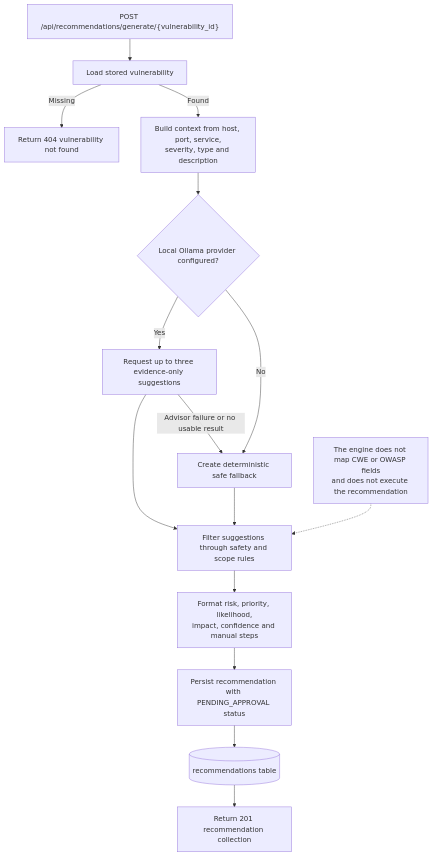
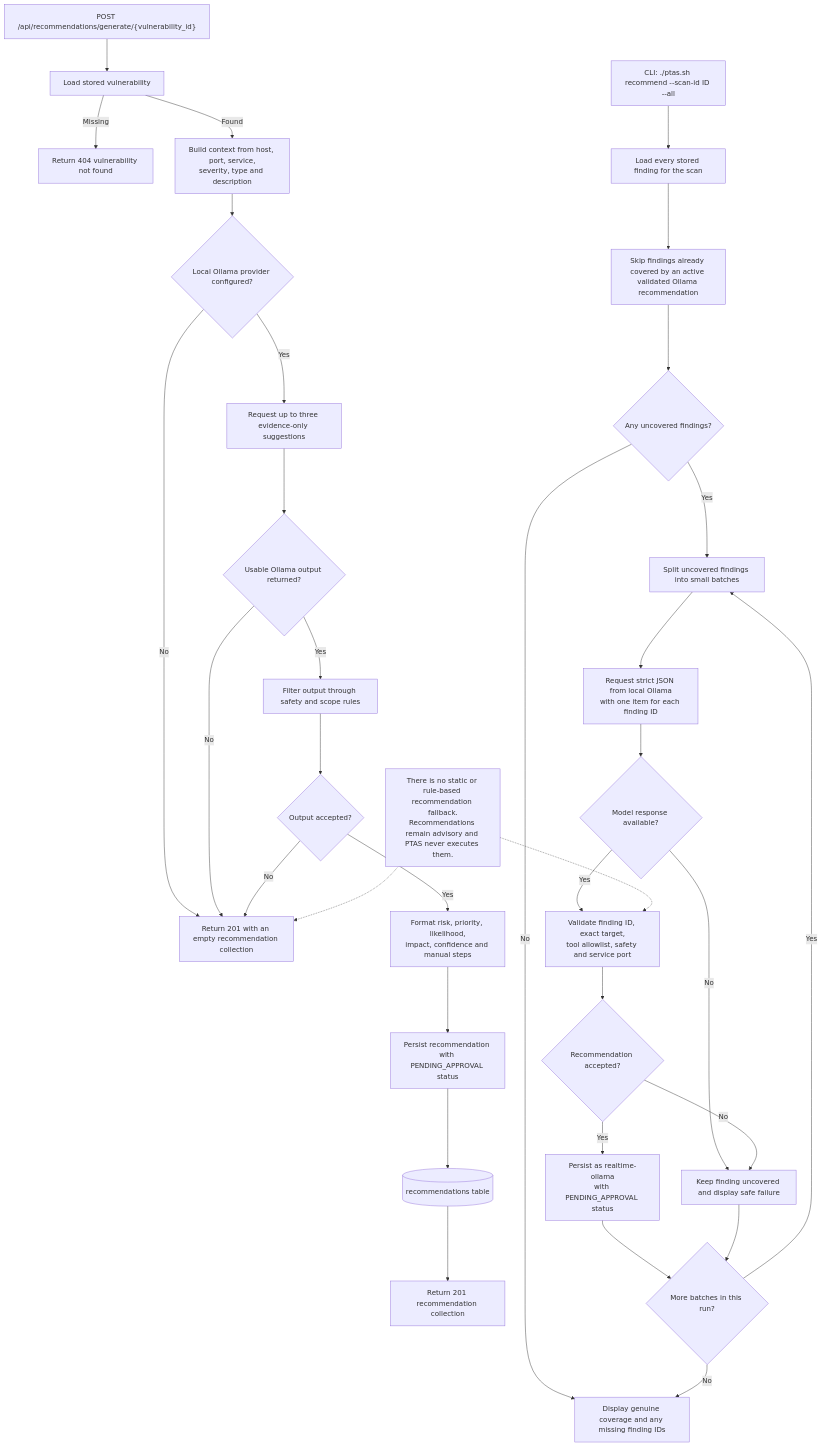
One commit to ChiragMenariyaCJ/AI-Powered-Penetration-Testing-Assist-System changed the diagram in System Architecture Flow Charts/03_API_Flows/AI_Recommendation_API.mmd. Above: the diagram before and after it, drawn with Mermaid. The commit also changed 4 other files, not shown here.

Commit message:
Refactor system architecture diagrams for improved clarity and detail; update recommendation logic and reporting processes

```diff
--- a/System Architecture Flow Charts/03_API_Flows/AI_Recommendation_API.mmd
+++ b/System Architecture Flow Charts/03_API_Flows/AI_Recommendation_API.mmd
@@ -1,19 +1,38 @@
 flowchart TD
     A["POST /api/recommendations/generate/{vulnerability_id}"] --> B[Load stored vulnerability]
     B -->|Missing| C[Return 404 vulnerability not found]
     B -->|Found| D[Build context from host, port, service,<br/>severity, type and description]
 
     D --> E{Local Ollama provider configured?}
     E -->|Yes| F[Request up to three evidence-only suggestions]
-    F -->|Advisor failure or no usable result| G[Create deterministic safe fallback]
-    E -->|No| G
+    E -->|No| G[Return 201 with an empty recommendation collection]
+    F --> H{Usable Ollama output returned?}
+    H -->|No| G
+    H -->|Yes| I[Filter output through safety and scope rules]
+    I --> J{Output accepted?}
+    J -->|No| G
+    J -->|Yes| K[Format risk, priority, likelihood,<br/>impact, confidence and manual steps]
+    K --> L[Persist recommendation with PENDING_APPROVAL status]
+    L --> M[(recommendations table)]
+    M --> N[Return 201 recommendation collection]
 
-    F --> H[Filter suggestions through safety and scope rules]
-    G --> H
-    H --> I[Format risk, priority, likelihood,<br/>impact, confidence and manual steps]
-    I --> J[Persist recommendation with PENDING_APPROVAL status]
-    J --> K[(recommendations table)]
-    K --> L[Return 201 recommendation collection]
+    CA["CLI: ./ptas.sh recommend --scan-id ID --all"] --> CB[Load every stored finding for the scan]
+    CB --> CC[Skip findings already covered by an active validated Ollama recommendation]
+    CC --> CD{Any uncovered findings?}
+    CD -->|No| CM[Display genuine coverage and any missing finding IDs]
+    CD -->|Yes| CE[Split uncovered findings into small batches]
+    CE --> CF[Request strict JSON from local Ollama<br/>with one item for each finding ID]
+    CF --> CG{Model response available?}
+    CG -->|No| CL[Keep finding uncovered and display safe failure]
+    CG -->|Yes| CH[Validate finding ID, exact target,<br/>tool allowlist, safety and service port]
+    CH --> CI{Recommendation accepted?}
+    CI -->|No| CL
+    CI -->|Yes| CJ[Persist as realtime-ollama<br/>with PENDING_APPROVAL status]
+    CJ --> CK{More batches in this run?}
+    CL --> CK
+    CK -->|Yes| CE
+    CK -->|No| CM[Display genuine coverage and any missing finding IDs]
 
-    NOTE[The engine does not map CWE or OWASP fields<br/>and does not execute the recommendation]
-    NOTE -.-> H
+    NOTE[There is no static or rule-based recommendation fallback.<br/>Recommendations remain advisory and PTAS never executes them.]
+    NOTE -.-> G
+    NOTE -.-> CH
```
